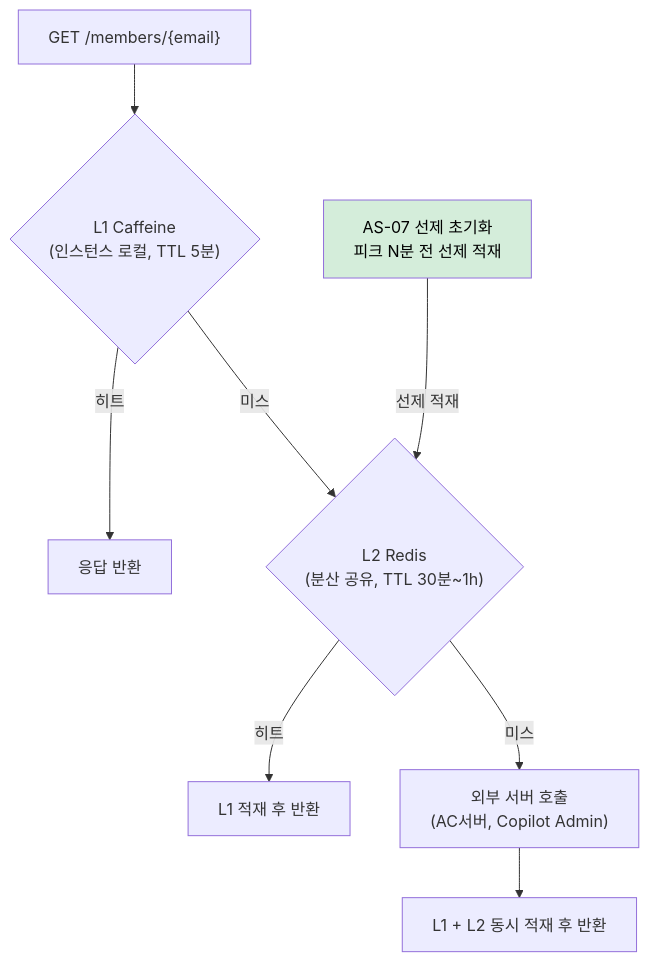
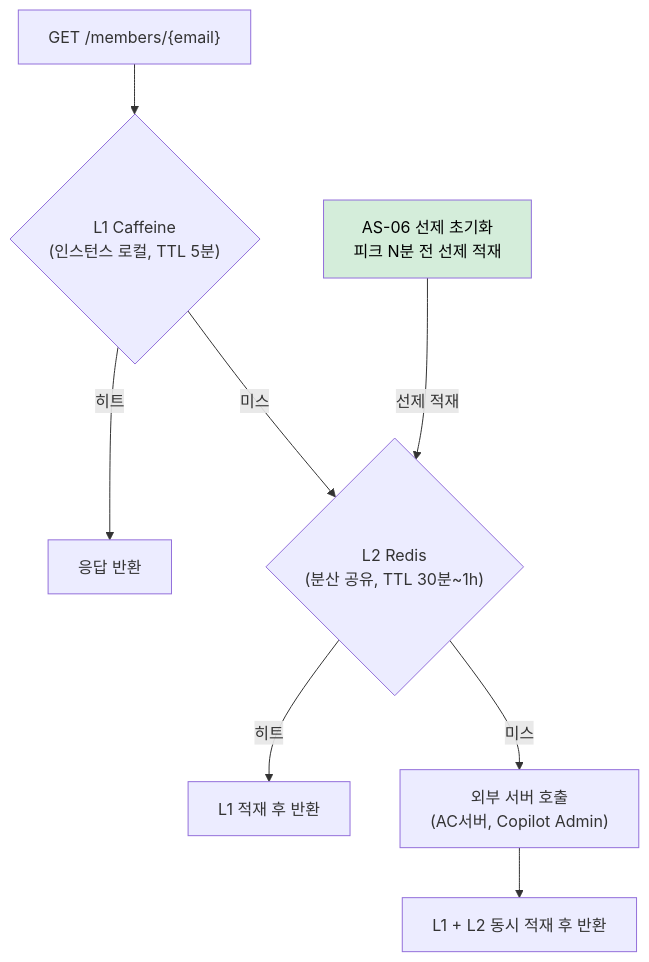
The ninth of 40 diagrams in report/3/3.2-아키텍처문제분석및설계전략.md (sujinnkim/A_Personal), drawn with Mermaid before and after one commit. The commit also changed other lines of this file and 36 other files, not shown here.

First line of the commit message:
docs/report: UC 다이어그램 정리, AS 채번·전략명 정비, 대안별 mermaid 도식 추가 및 그림 전체 채번

````diff
--- a/report/3/3.2-아키텍처문제분석및설계전략.md
+++ b/report/3/3.2-아키텍처문제분석및설계전략.md
@@ -151,16 +322,16 @@
 ```mermaid
 flowchart TD
     REQ["GET /members/{email}"]
 
     REQ --> L1{"L1 Caffeine\n(인스턴스 로컬, TTL 5분)"}
     L1 -->|히트| RET["응답 반환"]
     L1 -->|미스| L2{"L2 Redis\n(분산 공유, TTL 30분~1h)"}
     L2 -->|히트| L1W["L1 적재 후 반환"]
     L2 -->|미스| EXT["외부 서버 호출\n(AC서버, Copilot Admin)"]
     EXT --> BOTH["L1 + L2 동시 적재 후 반환"]
 
-    PREWARM["AS-07 선제 초기화\n피크 N분 전 선제 적재"]
+    PREWARM["AS-06 선제 초기화\n피크 N분 전 선제 적재"]
     PREWARM -->|선제 적재| L2
 
     style PREWARM fill:#d4edda,color:#000
 ```
````
